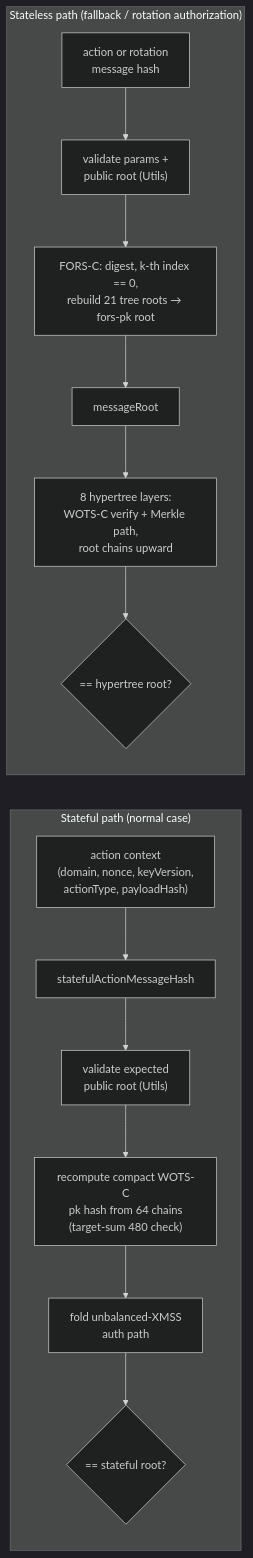
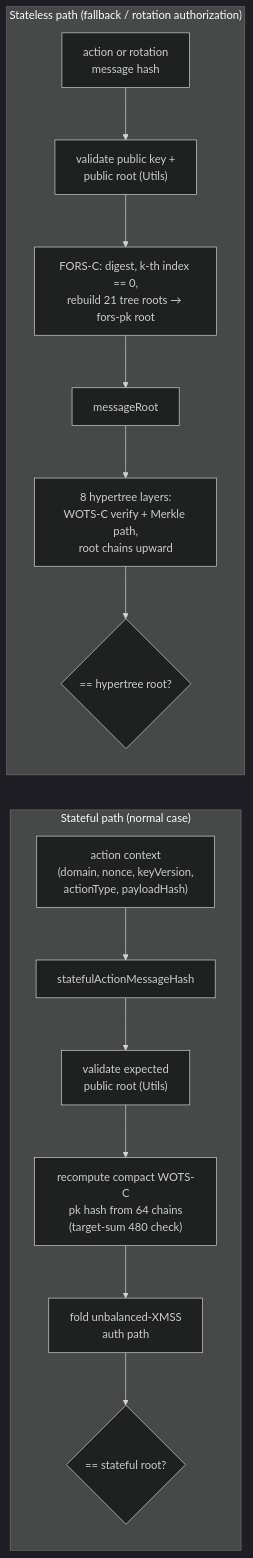
The first of 2 diagrams in README.md (QuipNetwork/hashsigs-solidity), drawn with Mermaid (dark theme) before and after one commit. The commit also changed other lines of this file and 11 other files, not shown here.

````diff
--- a/README.md
+++ b/README.md
@@ -26,18 +26,18 @@
 ```mermaid
 flowchart LR
     subgraph "Stateful path (normal case)"
         A1["action context<br/>(domain, nonce, keyVersion,<br/>actionType, payloadHash)"] --> A2["statefulActionMessageHash"]
         A2 --> A3["validate expected<br/>public root (Utils)"]
         A3 --> A4["recompute compact WOTS-C<br/>pk hash from 64 chains<br/>(target-sum 480 check)"]
         A4 --> A5["fold unbalanced-XMSS<br/>auth path"]
         A5 --> A6{"== stateful root?"}
     end
 
     subgraph "Stateless path (fallback / rotation authorization)"
-        B1["action or rotation<br/>message hash"] --> B2["validate params +<br/>public root (Utils)"]
+        B1["action or rotation<br/>message hash"] --> B2["validate public key +<br/>public root (Utils)"]
         B2 --> B3["FORS-C: digest, k-th index == 0,<br/>rebuild 21 tree roots → fors-pk root"]
         B3 --> B4["messageRoot"]
         B4 --> B5["8 hypertree layers:<br/>WOTS-C verify + Merkle path,<br/>root chains upward"]
         B5 --> B6{"== hypertree root?"}
     end
 ```
````
